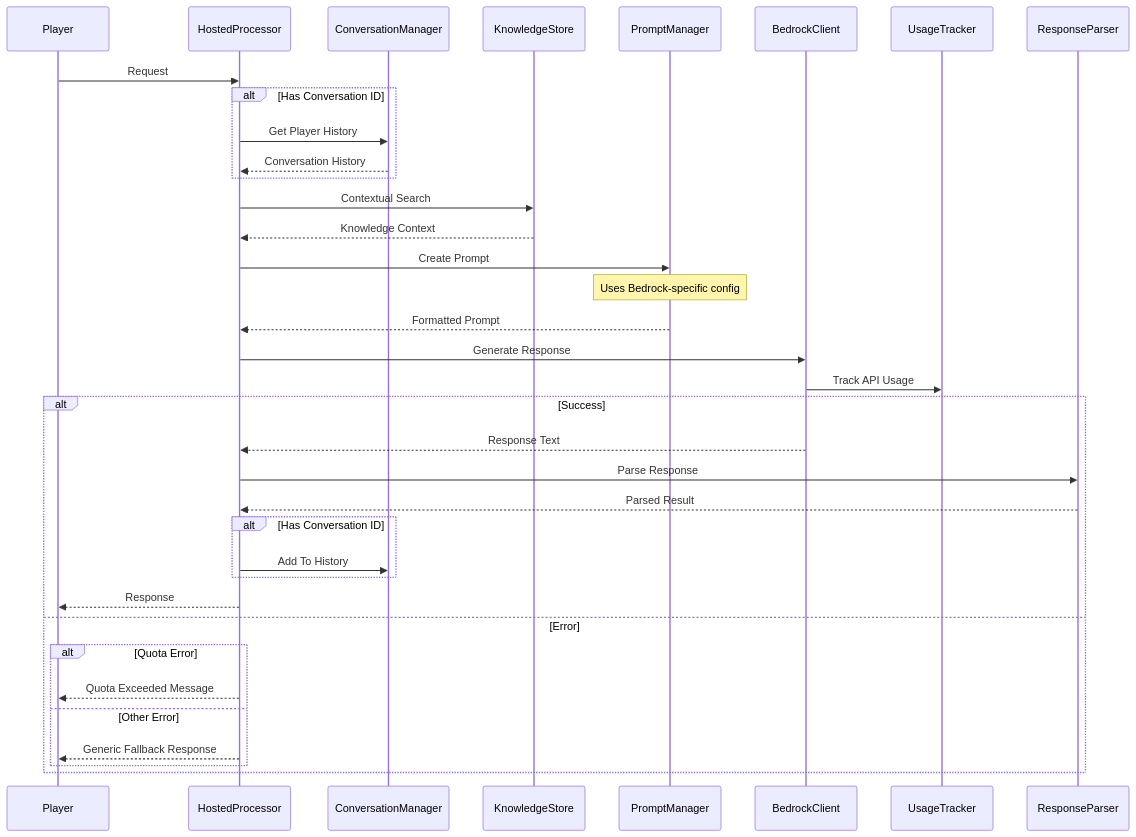
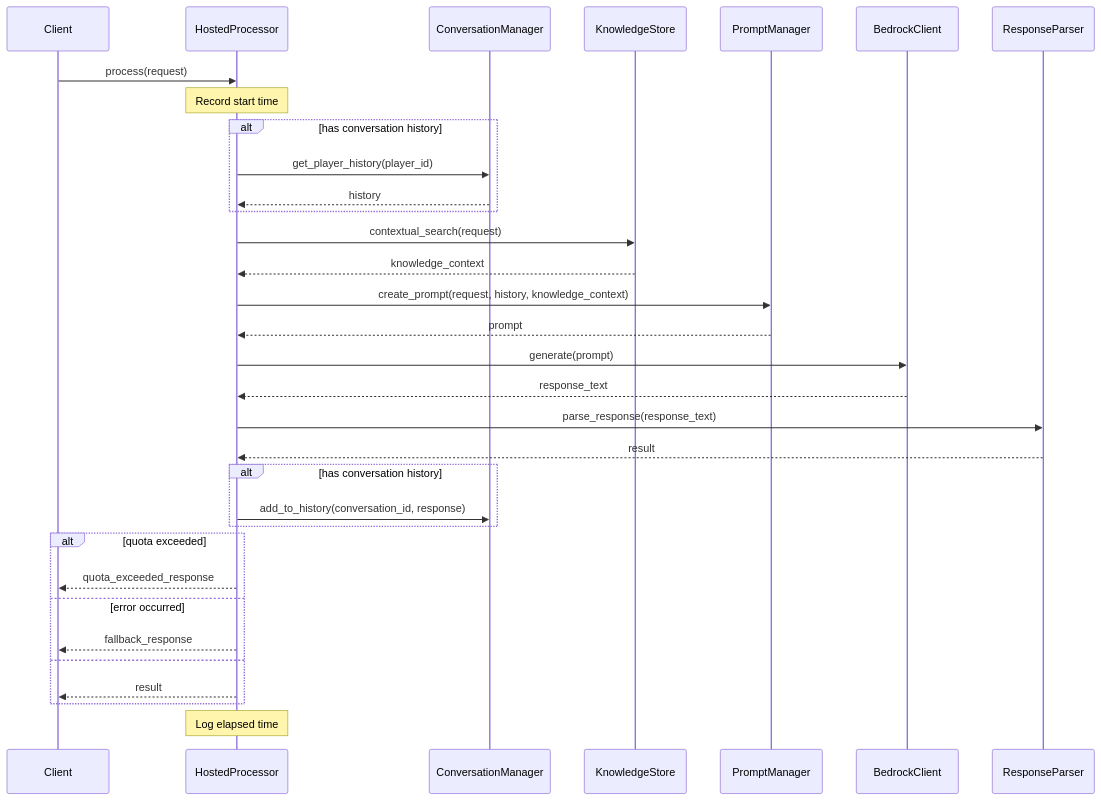
Before and after one commit to jbisetto/npc-ai: the third of 3 diagrams in docs/request_processing_flow.md, drawn with Mermaid. The commit also changed other lines of this file, not shown here.

````diff
--- a/docs/request_processing_flow.md
+++ b/docs/request_processing_flow.md
@@ -60,46 +81,36 @@
 ```mermaid
 sequenceDiagram
-    participant Player
-    participant HostedProcessor
-    participant ConversationManager
-    participant KnowledgeStore
-    participant PromptManager
-    participant BedrockClient
-    participant UsageTracker
-    participant ResponseParser
-
-    Player->>HostedProcessor: Request
+    Client->>HostedProcessor: process(request)
+    Note over HostedProcessor: Record start time
     
-    alt Has Conversation ID
-        HostedProcessor->>ConversationManager: Get Player History
-        ConversationManager-->>HostedProcessor: Conversation History
+    alt has conversation history
+        HostedProcessor->>ConversationManager: get_player_history(player_id)
+        ConversationManager-->>HostedProcessor: history
     end
     
-    HostedProcessor->>KnowledgeStore: Contextual Search
-    KnowledgeStore-->>HostedProcessor: Knowledge Context
+    HostedProcessor->>KnowledgeStore: contextual_search(request)
+    KnowledgeStore-->>HostedProcessor: knowledge_context
     
-    HostedProcessor->>PromptManager: Create Prompt
-    Note over PromptManager: Uses Bedrock-specific config
-    PromptManager-->>HostedProcessor: Formatted Prompt
+    HostedProcessor->>PromptManager: create_prompt(request, history, knowledge_context)
+    PromptManager-->>HostedProcessor: prompt
     
-    HostedProcessor->>BedrockClient: Generate Response
-    BedrockClient->>UsageTracker: Track API Usage
+    HostedProcessor->>BedrockClient: generate(prompt)
+    BedrockClient-->>HostedProcessor: response_text
     
-    alt Success
-        BedrockClient-->>HostedProcessor: Response Text
-        HostedProcessor->>ResponseParser: Parse Response
-        ResponseParser-->>HostedProcessor: Parsed Result
-        
-        alt Has Conversation ID
-            HostedProcessor->>ConversationManager: Add To History
-        end
-        
-        HostedProcessor-->>Player: Response
-    else Error
-        alt Quota Error
-            HostedProcessor-->>Player: Quota Exceeded Message
-        else Other Error
-            HostedProcessor-->>Player: Generic Fallback Response
-        end
+    HostedProcessor->>ResponseParser: parse_response(response_text)
+    ResponseParser-->>HostedProcessor: result
+    
+    alt has conversation history
+        HostedProcessor->>ConversationManager: add_to_history(conversation_id, response)
     end
+    
+    alt quota exceeded
+        HostedProcessor-->>Client: quota_exceeded_response
+    else error occurred
+        HostedProcessor-->>Client: fallback_response
+    else
+        HostedProcessor-->>Client: result
+    end
+    
+    Note over HostedProcessor: Log elapsed time
 ```
````
